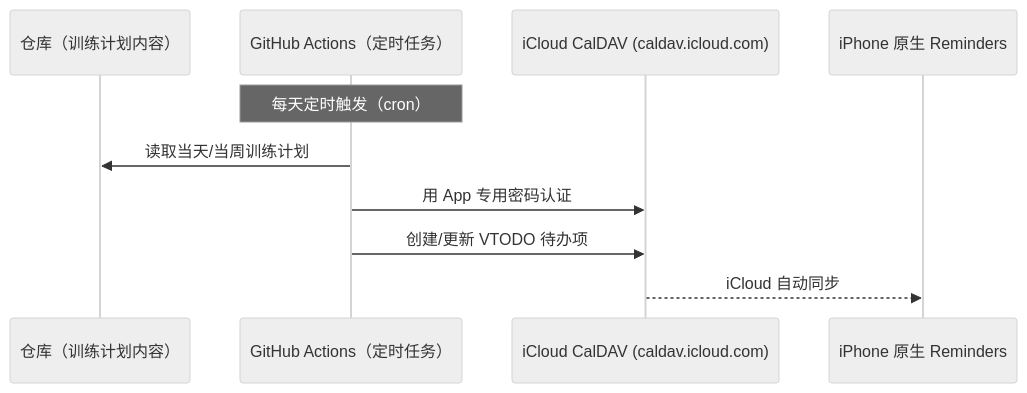
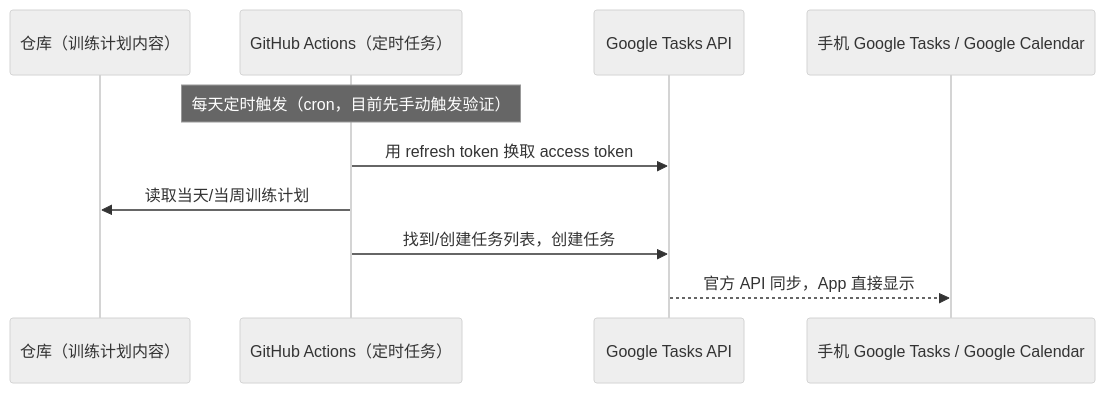
Before and after one commit to ChloeA27/personal-workout-plan: the diagram in docs/reminders-sync/PLAN.md, drawn with Mermaid (neutral theme). The commit also changed other lines of this file and 3 other files, not shown here.

First line of the commit message:
Remove abandoned iCloud CalDAV reminders code, document the pivot

````diff
--- a/docs/reminders-sync/PLAN.md
+++ b/docs/reminders-sync/PLAN.md
@@ -21,13 +41,13 @@
 ```mermaid
 sequenceDiagram
     participant Repo as 仓库（训练计划内容）
     participant GHA as GitHub Actions（定时任务）
-    participant CalDAV as iCloud CalDAV (caldav.icloud.com)
-    participant Reminders as iPhone 原生 Reminders
+    participant Google as Google Tasks API
+    participant App as 手机 Google Tasks / Google Calendar
 
-    Note over GHA: 每天定时触发（cron）
+    Note over GHA: 每天定时触发（cron，目前先手动触发验证）
+    GHA->>Google: 用 refresh token 换取 access token
     GHA->>Repo: 读取当天/当周训练计划
-    GHA->>CalDAV: 用 App 专用密码认证
-    GHA->>CalDAV: 创建/更新 VTODO 待办项
-    CalDAV-->>Reminders: iCloud 自动同步
+    GHA->>Google: 找到/创建任务列表，创建任务
+    Google-->>App: 官方 API 同步，App 直接显示
 ```
````
